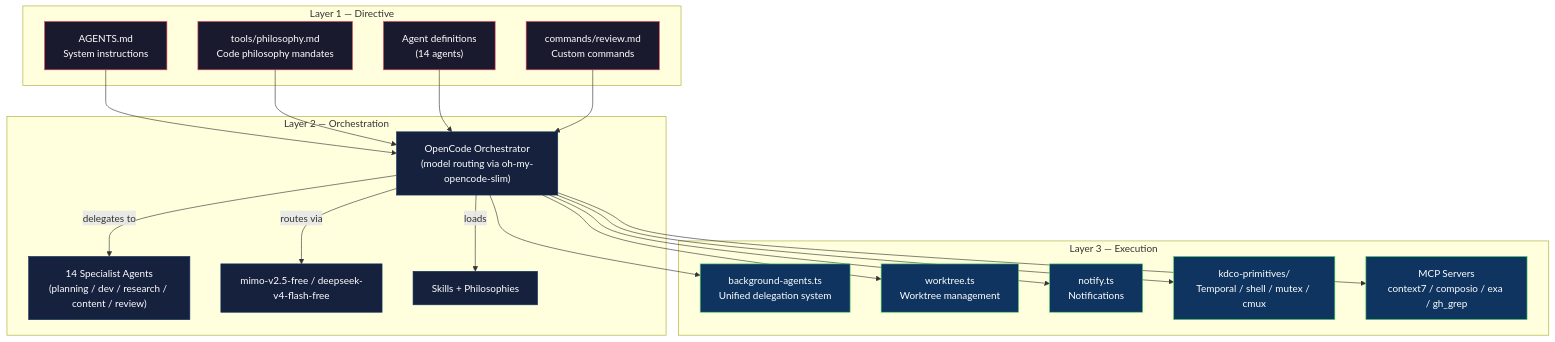
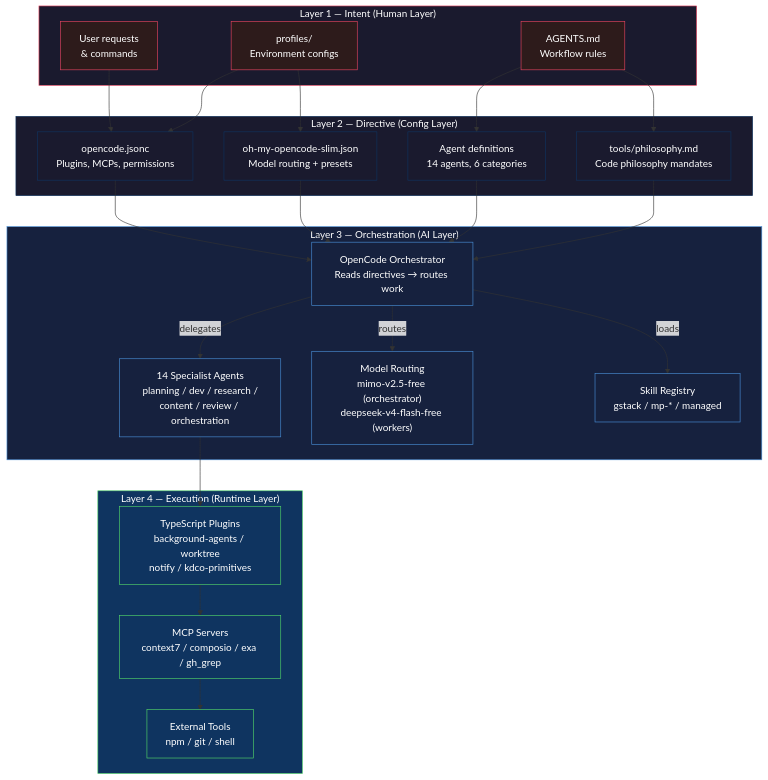
The first of 5 diagrams in README.md (sanjanb/my-agent-harness), drawn with Mermaid before and after one commit. The commit also changed other lines of this file, not shown here.

Commit message:
Enhance README with 4-layer Mermaid architecture diagrams

````diff
--- a/README.md
+++ b/README.md
@@ -25,48 +25,66 @@
 ```mermaid
 graph TD
-    subgraph "Layer 1 — Directive"
-        DIR1["AGENTS.md<br/>System instructions"]
-        DIR2["tools/philosophy.md<br/>Code philosophy mandates"]
-        DIR3["Agent definitions<br/>(14 agents)"]
-        DIR4["commands/review.md<br/>Custom commands"]
+    subgraph L1["Layer 1 — Intent (Human Layer)"]
+        INT1["User requests<br/>& commands"]
+        INT2["profiles/<br/>Environment configs"]
+        INT3["AGENTS.md<br/>Workflow rules"]
     end
 
-    subgraph "Layer 2 — Orchestration"
-        ORCH["OpenCode Orchestrator<br/>(model routing via oh-my-opencode-slim)"]
-        ORCH -->|"delegates to"| AGENTS["14 Specialist Agents<br/>(planning / dev / research / content / review)"]
-        ORCH -->|"routes via"| MODELS["mimo-v2.5-free / deepseek-v4-flash-free"]
-        ORCH -->|"loads"| SKILLS["Skills + Philosophies"]
+    subgraph L2["Layer 2 — Directive (Config Layer)"]
+        DIR1["opencode.jsonc<br/>Plugins, MCPs, permissions"]
+        DIR2["oh-my-opencode-slim.json<br/>Model routing + presets"]
+        DIR3["Agent definitions<br/>14 agents, 6 categories"]
+        DIR4["tools/philosophy.md<br/>Code philosophy mandates"]
     end
 
-    subgraph "Layer 3 — Execution"
-        EXEC1["background-agents.ts<br/>Unified delegation system"]
-        EXEC2["worktree.ts<br/>Worktree management"]
-        EXEC3["notify.ts<br/>Notifications"]
-        EXEC4["kdco-primitives/<br/>Temporal / shell / mutex / cmux"]
-        EXEC5["MCP Servers<br/>context7 / composio / exa / gh_grep"]
+    subgraph L3["Layer 3 — Orchestration (AI Layer)"]
+        ORCH["OpenCode Orchestrator<br/>Reads directives → routes work"]
+        AGENTS["14 Specialist Agents<br/>planning / dev / research /<br/>content / review / orchestration"]
+        MODELS["Model Routing<br/>mimo-v2.5-free (orchestrator)<br/>deepseek-v4-flash-free (workers)"]
+        SKILLS["Skill Registry<br/>gstack / mp-* / managed"]
     end
+
+    subgraph L4["Layer 4 — Execution (Runtime Layer)"]
+        PLUGINS["TypeScript Plugins<br/>background-agents / worktree<br/>notify / kdco-primitives"]
+        MCPS["MCP Servers<br/>context7 / composio / exa / gh_grep"]
+        TOOLS["External Tools<br/>npm / git / shell"]
+    end
+
+    INT1 --> DIR1
+    INT2 --> DIR1
+    INT2 --> DIR2
+    INT3 --> DIR3
+    INT3 --> DIR4
 
     DIR1 --> ORCH
     DIR2 --> ORCH
     DIR3 --> ORCH
     DIR4 --> ORCH
-    ORCH --> EXEC1
-    ORCH --> EXEC2
-    ORCH --> EXEC3
-    ORCH --> EXEC4
-    ORCH --> EXEC5
 
-    style DIR1 fill:#1a1a2e,stroke:#e94560,color:#fff
-    style DIR2 fill:#1a1a2e,stroke:#e94560,color:#fff
-    style DIR3 fill:#1a1a2e,stroke:#e94560,color:#fff
-    style DIR4 fill:#1a1a2e,stroke:#e94560,color:#fff
-    style ORCH fill:#16213e,stroke:#0f3460,color:#fff
-    style AGENTS fill:#16213e,stroke:#0f3460,color:#fff
-    style MODELS fill:#16213e,stroke:#0f3460,color:#fff
-    style SKILLS fill:#16213e,stroke:#0f3460,color:#fff
-    style EXEC1 fill:#0f3460,stroke:#53d769,color:#fff
-    style EXEC2 fill:#0f3460,stroke:#53d769,color:#fff
-    style EXEC3 fill:#0f3460,stroke:#53d769,color:#fff
-    style EXEC4 fill:#0f3460,stroke:#53d769,color:#fff
-    style EXEC5 fill:#0f3460,stroke:#53d769,color:#fff
+    ORCH -->|"delegates"| AGENTS
+    ORCH -->|"routes"| MODELS
+    ORCH -->|"loads"| SKILLS
+
+    AGENTS --> PLUGINS
+    PLUGINS --> MCPS
+    MCPS --> TOOLS
+
+    style L1 fill:#1a1a2e,stroke:#e94560,color:#fff
+    style L2 fill:#1a1a2e,stroke:#0f3460,color:#fff
+    style L3 fill:#16213e,stroke:#4a90d9,color:#fff
+    style L4 fill:#0f3460,stroke:#53d769,color:#fff
+    style INT1 fill:#2d1b1b,stroke:#e94560,color:#fff
+    style INT2 fill:#2d1b1b,stroke:#e94560,color:#fff
+    style INT3 fill:#2d1b1b,stroke:#e94560,color:#fff
+    style DIR1 fill:#1a1a2e,stroke:#0f3460,color:#fff
+    style DIR2 fill:#1a1a2e,stroke:#0f3460,color:#fff
+    style DIR3 fill:#1a1a2e,stroke:#0f3460,color:#fff
+    style DIR4 fill:#1a1a2e,stroke:#0f3460,color:#fff
+    style ORCH fill:#16213e,stroke:#4a90d9,color:#fff
+    style AGENTS fill:#16213e,stroke:#4a90d9,color:#fff
+    style MODELS fill:#16213e,stroke:#4a90d9,color:#fff
+    style SKILLS fill:#16213e,stroke:#4a90d9,color:#fff
+    style PLUGINS fill:#0f3460,stroke:#53d769,color:#fff
+    style MCPS fill:#0f3460,stroke:#53d769,color:#fff
+    style TOOLS fill:#0f3460,stroke:#53d769,color:#fff
 ```
````
